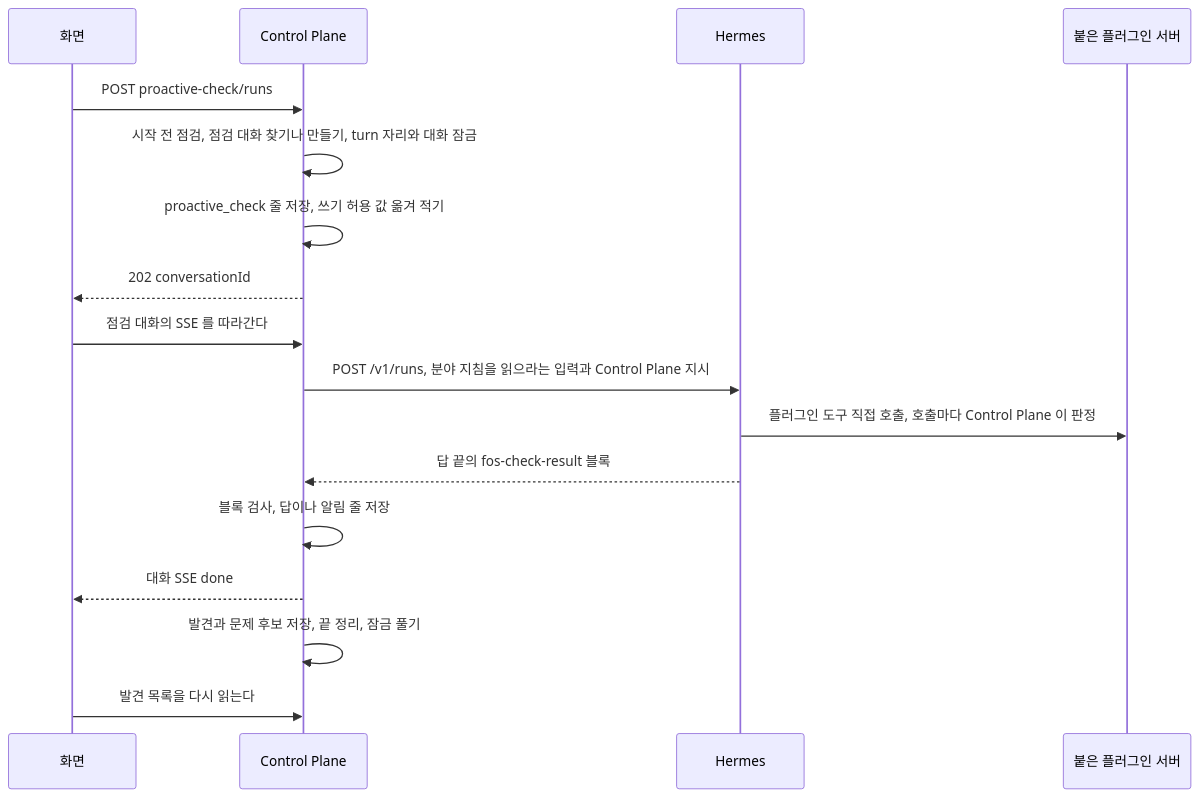
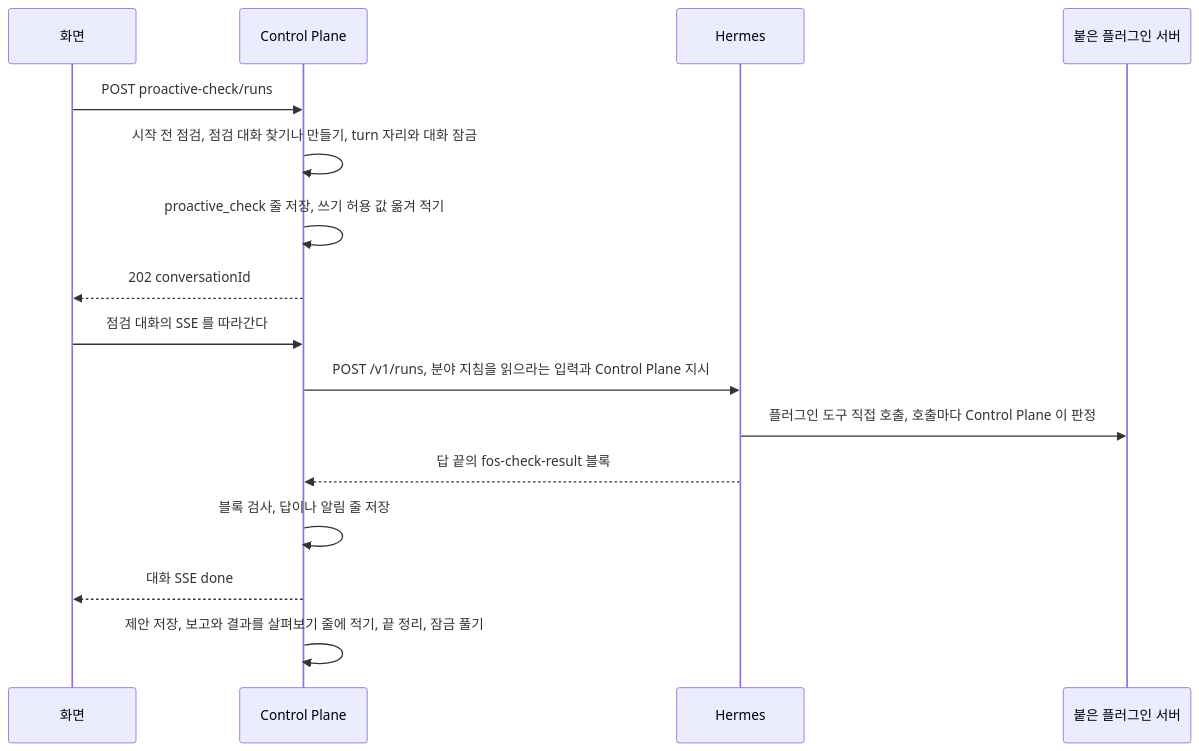
One commit to jon890/fos-assistant changed the diagram in docs/features/proactive.md. Above: the diagram before and after it, drawn with Mermaid. The commit also changed other lines of this file and 8 other files, not shown here.

````diff
--- a/docs/features/proactive.md
+++ b/docs/features/proactive.md
@@ -115,19 +115,18 @@
 ```mermaid
 sequenceDiagram
     participant W as 화면
     participant C as Control Plane
     participant H as Hermes
     participant D as 붙은 플러그인 서버
     W->>C: POST proactive-check/runs
     C->>C: 시작 전 점검, 점검 대화 찾기나 만들기, turn 자리와 대화 잠금
     C->>C: proactive_check 줄 저장, 쓰기 허용 값 옮겨 적기
     C-->>W: 202 conversationId
     W->>C: 점검 대화의 SSE 를 따라간다
     C->>H: POST /v1/runs, 분야 지침을 읽으라는 입력과 Control Plane 지시
     H->>D: 플러그인 도구 직접 호출, 호출마다 Control Plane 이 판정
     H-->>C: 답 끝의 fos-check-result 블록
     C->>C: 블록 검사, 답이나 알림 줄 저장
     C-->>W: 대화 SSE done
-    C->>C: 발견과 문제 후보 저장, 끝 정리, 잠금 풀기
-    W->>C: 발견 목록을 다시 읽는다
+    C->>C: 제안 저장, 보고와 결과를 살펴보기 줄에 적기, 끝 정리, 잠금 풀기
 ```
````
